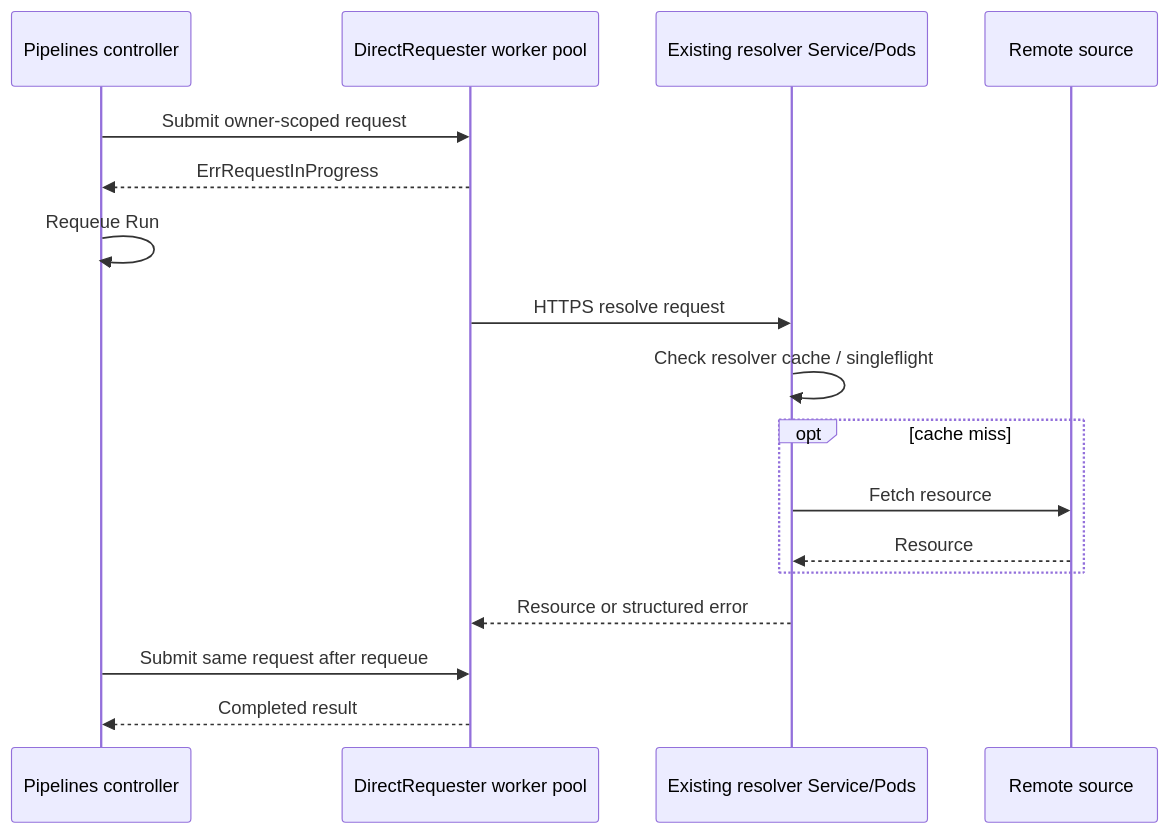
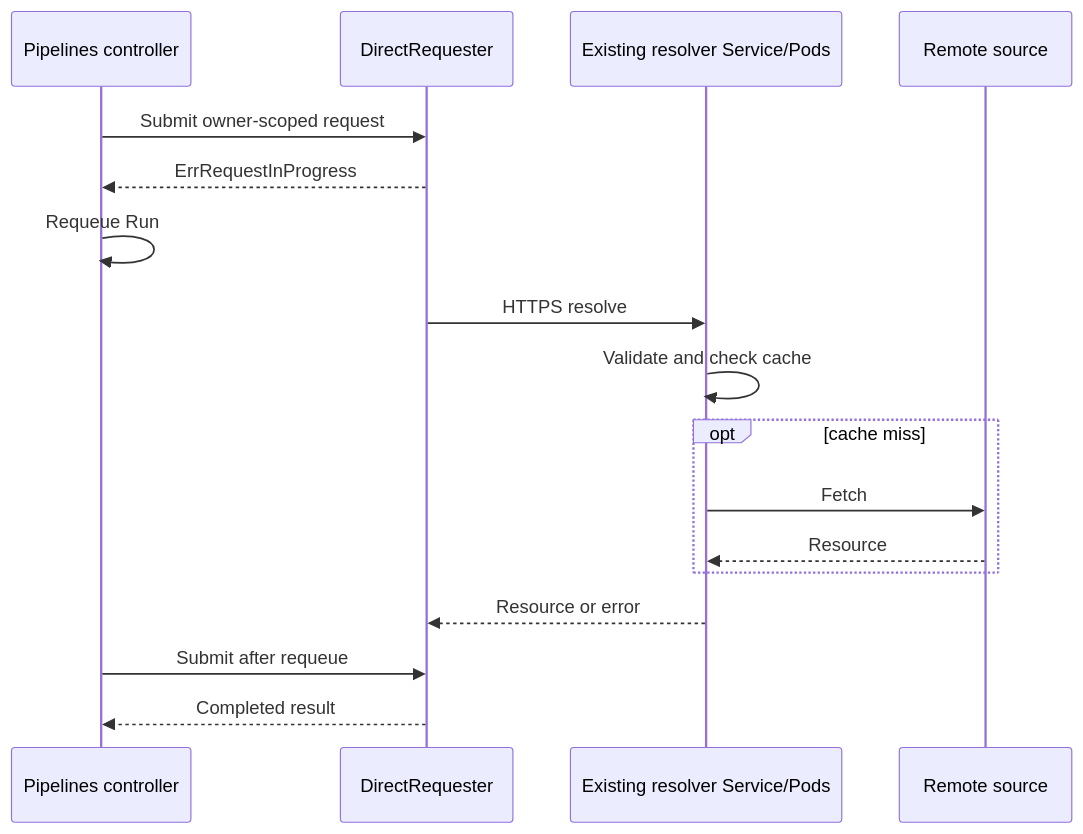
One commit to waveywaves/tekton-community changed the diagram in teps/0192-direct-remote-resource-resolution.md. Above: the diagram before and after it, drawn with Mermaid. The commit also changed other lines of this file, not shown here.

Commit message:
TEP-0192: tighten the direct resolution proposal

````diff
--- a/teps/0192-direct-remote-resource-resolution.md
+++ b/teps/0192-direct-remote-resource-resolution.md
@@ -282,20 +142,20 @@
 ```mermaid
 sequenceDiagram
     participant C as Pipelines controller
-    participant D as DirectRequester worker pool
+    participant D as DirectRequester
     participant R as Existing resolver Service/Pods
     participant S as Remote source
 
     C->>D: Submit owner-scoped request
     D-->>C: ErrRequestInProgress
     C->>C: Requeue Run
-    D->>R: HTTPS resolve request
-    R->>R: Check resolver cache / singleflight
+    D->>R: HTTPS resolve
+    R->>R: Validate and check cache
     opt cache miss
-      R->>S: Fetch resource
+      R->>S: Fetch
       S-->>R: Resource
     end
-    R-->>D: Resource or structured error
-    C->>D: Submit same request after requeue
+    R-->>D: Resource or error
+    C->>D: Submit after requeue
     D-->>C: Completed result
 ```
````
